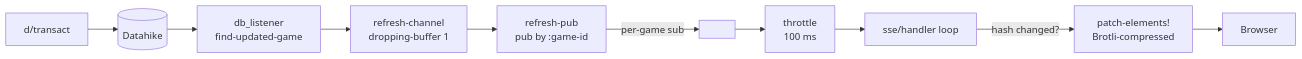
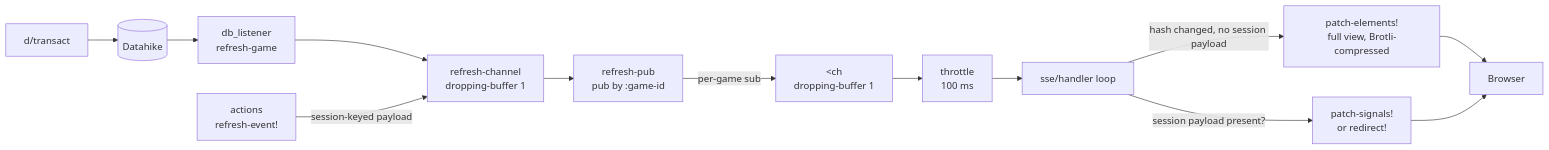
Before and after one commit to jindrichmynarz/localquiz: the third of 8 diagrams in data_flow.md, drawn with Mermaid. The commit also changed other lines of this file, not shown here.

Commit message:
Update the data flow

````diff
--- a/data_flow.md
+++ b/data_flow.md
@@ -60,12 +79,18 @@
 ```mermaid
 flowchart LR
     TX[d/transact] --> DH[(Datahike)]
-    DH --> DL[db_listener\nfind-updated-game]
-    DL --> RC[refresh-channel\ndropping-buffer 1]
-    RC --> RP[refresh-pub\npub by :game-id]
-    RP --> |per-game sub| CH[<ch\ndropping-buffer 1]
-    CH --> TH[throttle\n100 ms]
+    DH --> DL["db_listener<br/>refresh-game"]
+    DL --> RC["refresh-channel<br/>dropping-buffer 1"]
+
+    AE["actions<br/>refresh-event!"] -->|session-keyed payload| RC
+
+    RC --> RP["refresh-pub<br/>pub by :game-id"]
+    RP --> |per-game sub| CH["&lt;ch<br/>dropping-buffer 1"]
+    CH --> TH["throttle<br/>100 ms"]
     TH --> SSE[sse/handler loop]
-    SSE --> |hash changed?| PE[patch-elements!\nBrotli-compressed]
+
+    SSE --> |session payload present?| SP["patch-signals!<br/>or redirect!"]
+    SSE --> |hash changed, no session payload| PE["patch-elements!<br/>full view, Brotli-compressed"]
     PE --> B[Browser]
+    SP --> B
 ```
````
